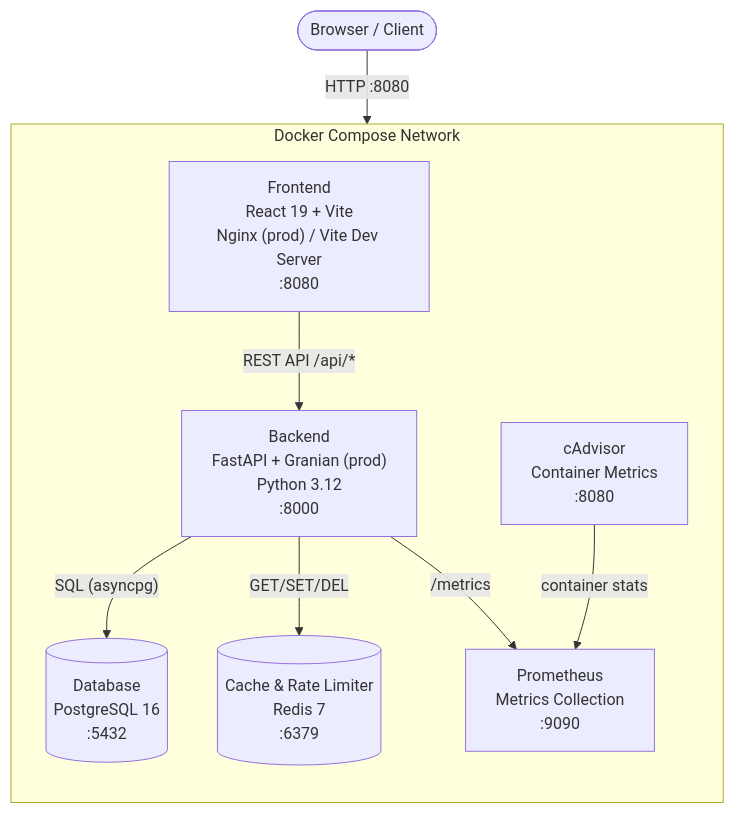
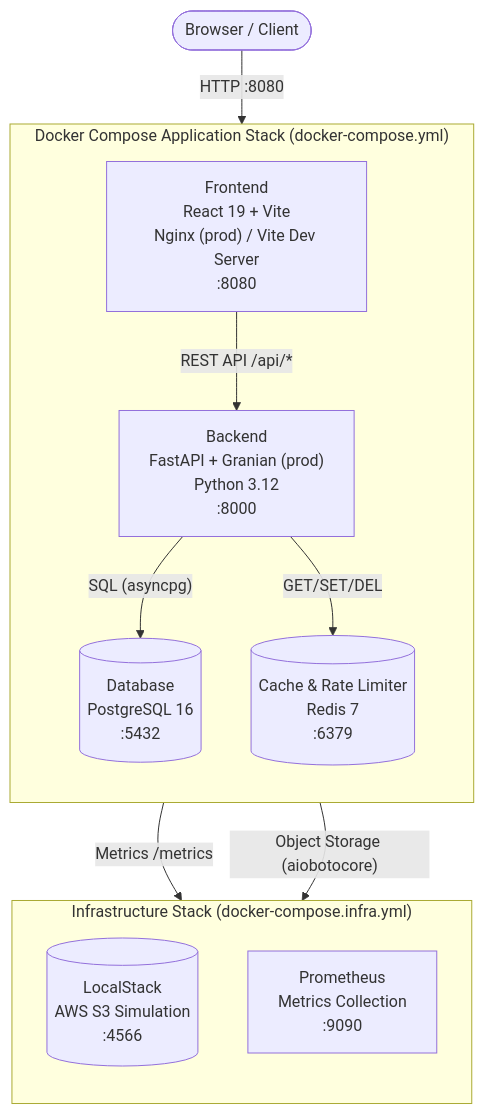
One commit to Manan-2805/To-Do-Application changed the diagram in README.md. Above: the diagram before and after it, drawn with Mermaid. The commit also changed other lines of this file and 35 other files, not shown here.

Commit message:
chore: add k8s manifests, docker-compose configs, makefile, scripts, and dependabot

````diff
--- a/README.md
+++ b/README.md
@@ -27,22 +27,25 @@
 ```mermaid
 flowchart TD
     User(["Browser / Client"])
 
-    subgraph Docker["Docker Compose Network"]
+    subgraph ComposeApp["Docker Compose Application Stack (docker-compose.yml)"]
         direction TB
-
         FE["Frontend\nReact 19 + Vite\nNginx (prod) / Vite Dev Server\n:8080"]
         BE["Backend\nFastAPI + Granian (prod)\nPython 3.12\n:8000"]
         DB[("Database\nPostgreSQL 16\n:5432")]
         Cache[("Cache & Rate Limiter\nRedis 7\n:6379")]
+    end
+
+    subgraph ComposeInfra["Infrastructure Stack (docker-compose.infra.yml)"]
+        direction TB
+        LocalStack[("LocalStack\nAWS S3 Simulation\n:4566")]
         Prom["Prometheus\nMetrics Collection\n:9090"]
-        CAdv["cAdvisor\nContainer Metrics\n:8080"]
     end
 
     User -->|"HTTP :8080"| FE
     FE -->|"REST API /api/*"| BE
     BE -->|"SQL (asyncpg)"| DB
     BE -->|"GET/SET/DEL"| Cache
-    BE -->|"/metrics"| Prom
-    CAdv -->|"container stats"| Prom
+    BE -->|"Metrics /metrics"| Prom
+    BE -->|"Object Storage (aiobotocore)"| LocalStack
 ```
````
